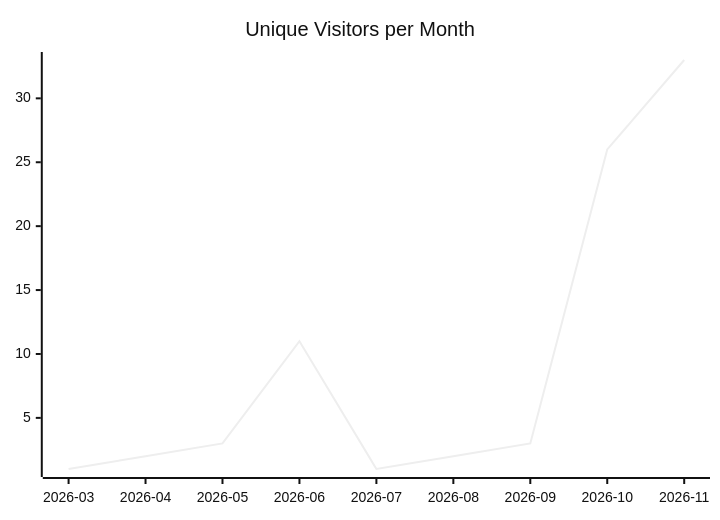
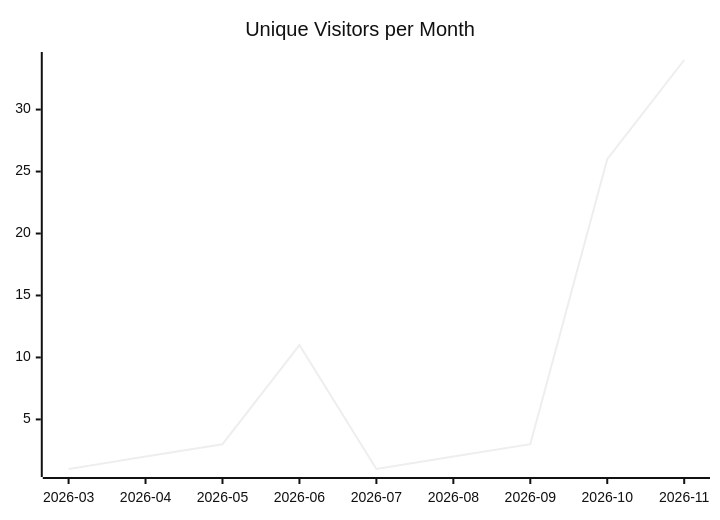
Before and after one commit to justdavis-family/github-analytics-data: the first of 3 diagrams in karlmdavis/justdavis-ansible/README.md, drawn with Mermaid (neutral theme). The commit also changed other lines of this file and 193 other files, not shown here.

````diff
--- a/karlmdavis/justdavis-ansible/README.md
+++ b/karlmdavis/justdavis-ansible/README.md
@@ -5,6 +5,6 @@
 ```mermaid
 xychart-beta
   title "Unique Visitors per Month"
   x-axis ["2026-03", "2026-04", "2026-05", "2026-06", "2026-07", "2026-08", "2026-09", "2026-10", "2026-11"]
-  line [1, 2, 3, 11, 1, 2, 3, 26, 33]
+  line [1, 2, 3, 11, 1, 2, 3, 26, 34]
 ```
````
